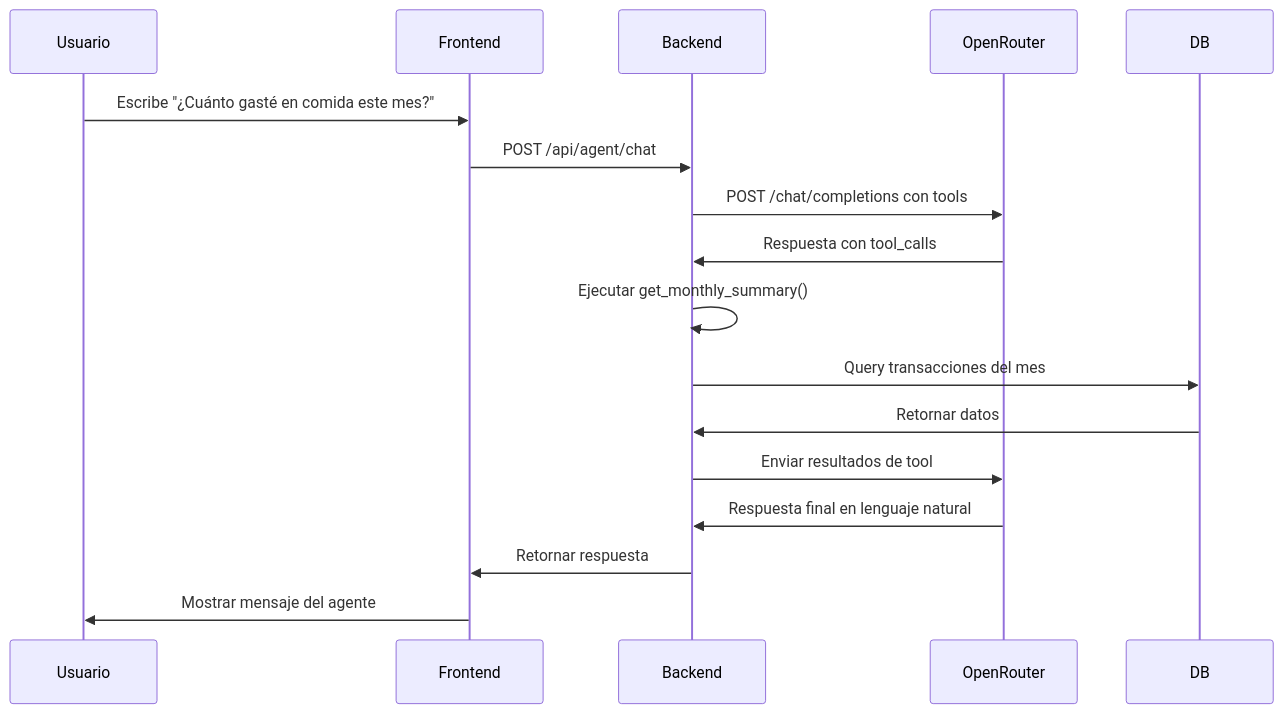
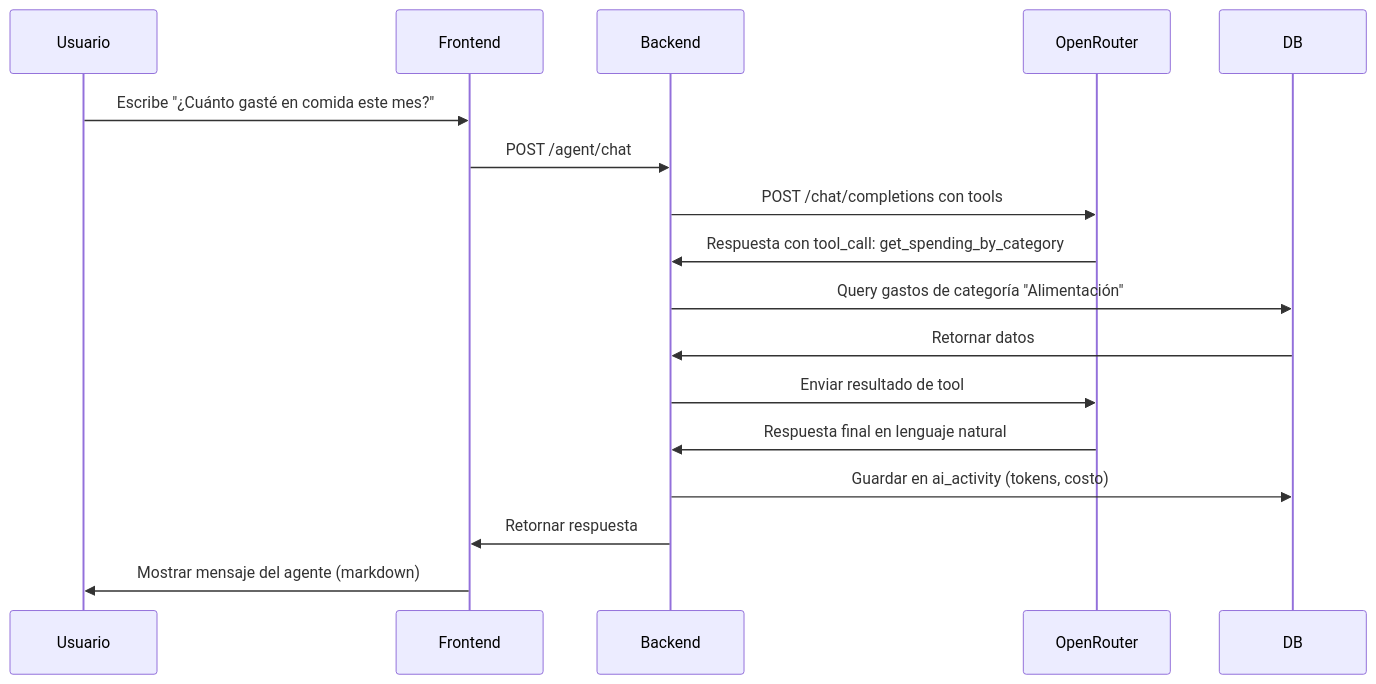
Before and after one commit to fer336/finanzas: the third of 6 diagrams in PRD.md, drawn with Mermaid. The commit also changed other lines of this file and 32 other files, not shown here.

````diff
--- a/PRD.md
+++ b/PRD.md
@@ -792,14 +1710,14 @@
 ```mermaid
 sequenceDiagram
     Usuario->>Frontend: Escribe "¿Cuánto gasté en comida este mes?"
-    Frontend->>Backend: POST /api/agent/chat
+    Frontend->>Backend: POST /agent/chat
     Backend->>OpenRouter: POST /chat/completions con tools
-    OpenRouter->>Backend: Respuesta con tool_calls
-    Backend->>Backend: Ejecutar get_monthly_summary()
-    Backend->>DB: Query transacciones del mes
+    OpenRouter->>Backend: Respuesta con tool_call: get_spending_by_category
+    Backend->>DB: Query gastos de categoría "Alimentación"
     DB->>Backend: Retornar datos
-    Backend->>OpenRouter: Enviar resultados de tool
+    Backend->>OpenRouter: Enviar resultado de tool
     OpenRouter->>Backend: Respuesta final en lenguaje natural
+    Backend->>DB: Guardar en ai_activity (tokens, costo)
     Backend->>Frontend: Retornar respuesta
-    Frontend->>Usuario: Mostrar mensaje del agente
+    Frontend->>Usuario: Mostrar mensaje del agente (markdown)
 ```
````
